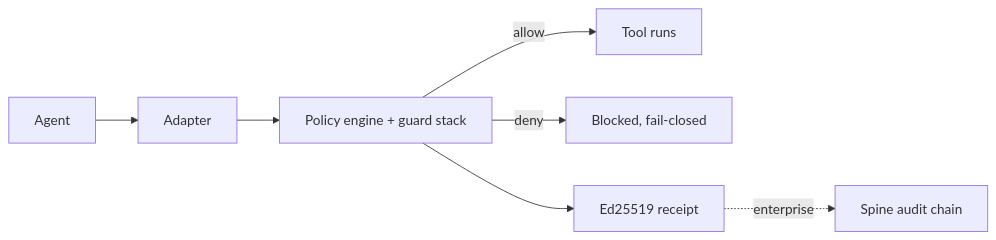
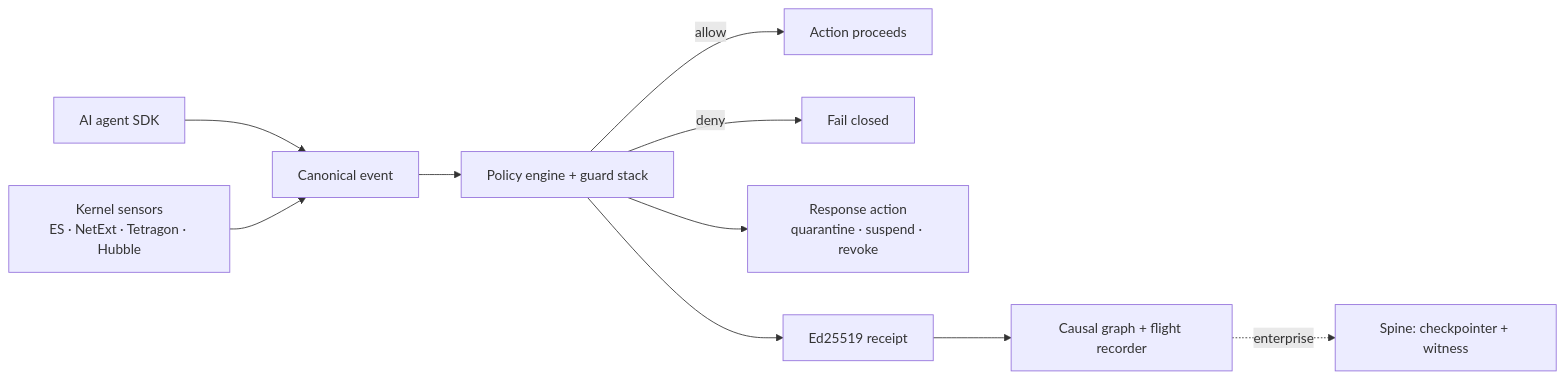
One commit to backbay-labs/clawdstrike changed the diagram in README.md. Above: the diagram before and after it, drawn with Mermaid. The commit also changed other lines of this file and 30 other files, not shown here.

````diff
--- a/README.md
+++ b/README.md
@@ -99,9 +167,12 @@
 ```mermaid
 flowchart LR
-    A[Agent] --> B[Adapter]
-    B --> C[Policy engine + guard stack]
-    C -->|allow| D[Tool runs]
-    C -->|deny| E[Blocked, fail-closed]
-    C --> F[Ed25519 receipt]
-    F -.->|enterprise| G[Spine audit chain]
+    A[AI agent SDK] --> N
+    K[Kernel sensors<br/>ES · NetExt · Tetragon · Hubble] --> N
+    N[Canonical event] --> P[Policy engine + guard stack]
+    P -->|allow| T[Action proceeds]
+    P -->|deny| B[Fail closed]
+    P --> R[Response action<br/>quarantine · suspend · revoke]
+    P --> F[Ed25519 receipt]
+    F --> G[Causal graph + flight recorder]
+    G -.->|enterprise| S[Spine: checkpointer + witness]
 ```
````
